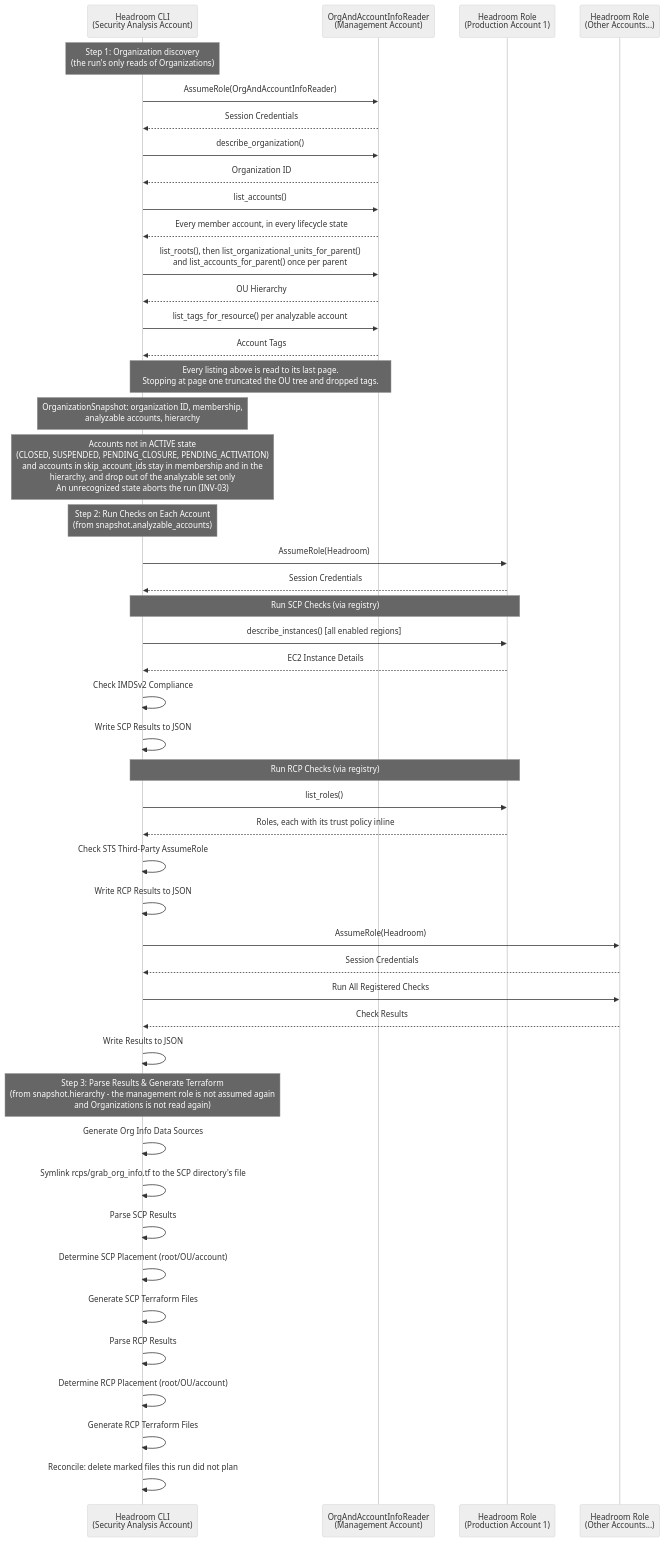
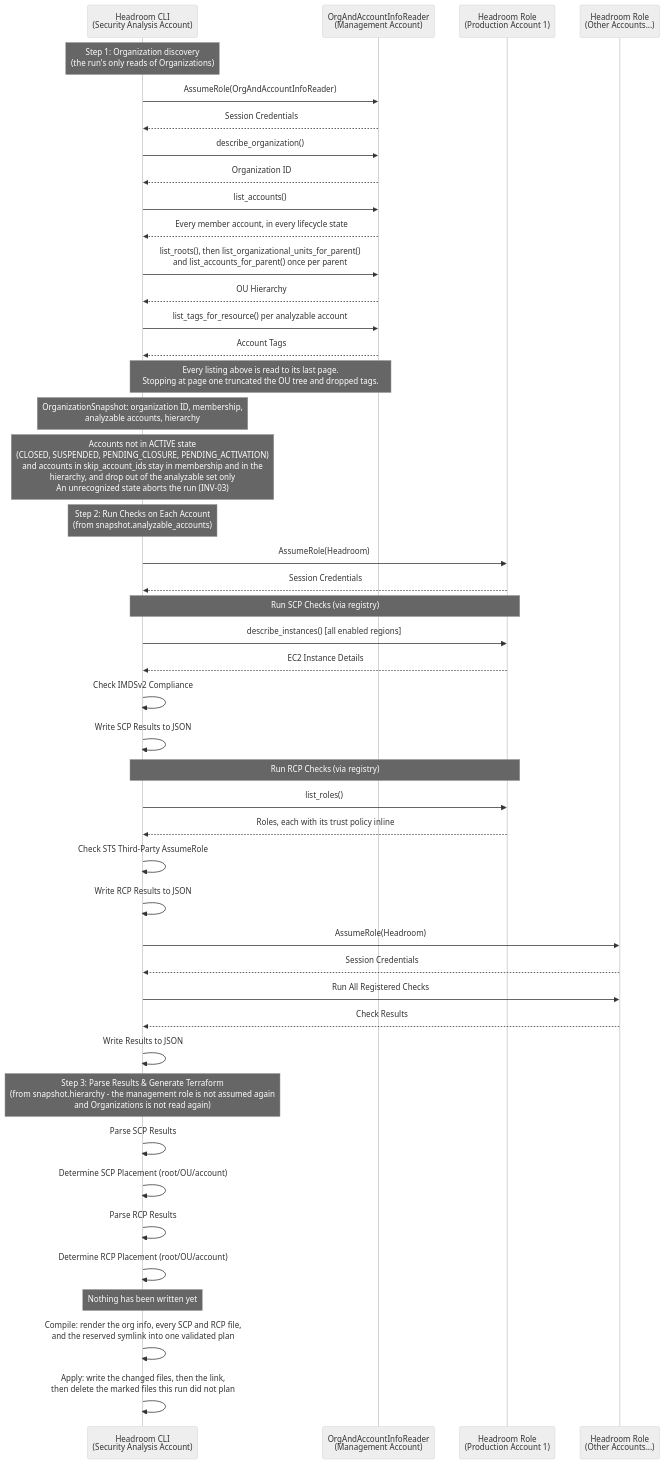
The diagram in documentation/mermaid_diagrams/execution_flow.md (discocrayon/Headroom), drawn with Mermaid (neutral theme) before and after one commit. The commit also changed other lines of this file and 37 other files, not shown here.

First line of the commit message:
Render before mutate at the whole-run Terraform boundary

````diff
--- a/documentation/mermaid_diagrams/execution_flow.md
+++ b/documentation/mermaid_diagrams/execution_flow.md
@@ -10,59 +10,56 @@
 ```mermaid
 sequenceDiagram
     participant Tool as Headroom CLI<br/>(Security Analysis Account)
     participant Mgmt as OrgAndAccountInfoReader<br/>(Management Account)
     participant Prod1 as Headroom Role<br/>(Production Account 1)
     participant ProdN as Headroom Role<br/>(Other Accounts...)
 
     Note over Tool: Step 1: Organization discovery<br/>(the run's only reads of Organizations)
     Tool->>Mgmt: AssumeRole(OrgAndAccountInfoReader)
     Mgmt-->>Tool: Session Credentials
     Tool->>Mgmt: describe_organization()
     Mgmt-->>Tool: Organization ID
     Tool->>Mgmt: list_accounts()
     Mgmt-->>Tool: Every member account, in every lifecycle state
     Tool->>Mgmt: list_roots(), then list_organizational_units_for_parent()<br/>and list_accounts_for_parent() once per parent
     Mgmt-->>Tool: OU Hierarchy
     Tool->>Mgmt: list_tags_for_resource() per analyzable account
     Mgmt-->>Tool: Account Tags
     Note over Tool,Mgmt: Every listing above is read to its last page.<br/>Stopping at page one truncated the OU tree and dropped tags.
     Note over Tool: OrganizationSnapshot: organization ID, membership,<br/>analyzable accounts, hierarchy
     Note over Tool: Accounts not in ACTIVE state<br/>(CLOSED, SUSPENDED, PENDING_CLOSURE, PENDING_ACTIVATION)<br/>and accounts in skip_account_ids stay in membership and in the<br/>hierarchy, and drop out of the analyzable set only<br/>An unrecognized state aborts the run (INV-03)
 
     Note over Tool: Step 2: Run Checks on Each Account<br/>(from snapshot.analyzable_accounts)
     Tool->>Prod1: AssumeRole(Headroom)
     Prod1-->>Tool: Session Credentials
 
     Note over Tool,Prod1: Run SCP Checks (via registry)
     Tool->>Prod1: describe_instances() [all enabled regions]
     Prod1-->>Tool: EC2 Instance Details
     Tool->>Tool: Check IMDSv2 Compliance
     Tool->>Tool: Write SCP Results to JSON
 
     Note over Tool,Prod1: Run RCP Checks (via registry)
     Tool->>Prod1: list_roles()
     Prod1-->>Tool: Roles, each with its trust policy inline
     Tool->>Tool: Check STS Third-Party AssumeRole
     Tool->>Tool: Write RCP Results to JSON
 
     Tool->>ProdN: AssumeRole(Headroom)
     ProdN-->>Tool: Session Credentials
     Tool->>ProdN: Run All Registered Checks
     ProdN-->>Tool: Check Results
     Tool->>Tool: Write Results to JSON
 
     Note over Tool: Step 3: Parse Results & Generate Terraform<br/>(from snapshot.hierarchy - the management role is not assumed again<br/>and Organizations is not read again)
 
-    Tool->>Tool: Generate Org Info Data Sources
-    Tool->>Tool: Symlink rcps/grab_org_info.tf to the SCP directory's file
-
     Tool->>Tool: Parse SCP Results
     Tool->>Tool: Determine SCP Placement (root/OU/account)
-    Tool->>Tool: Generate SCP Terraform Files
 
     Tool->>Tool: Parse RCP Results
     Tool->>Tool: Determine RCP Placement (root/OU/account)
-    Tool->>Tool: Generate RCP Terraform Files
 
-    Tool->>Tool: Reconcile: delete marked files this run did not plan
+    Note over Tool: Nothing has been written yet
+    Tool->>Tool: Compile: render the org info, every SCP and RCP file,<br/>and the reserved symlink into one validated plan
+    Tool->>Tool: Apply: write the changed files, then the link,<br/>then delete the marked files this run did not plan
 ```
````
